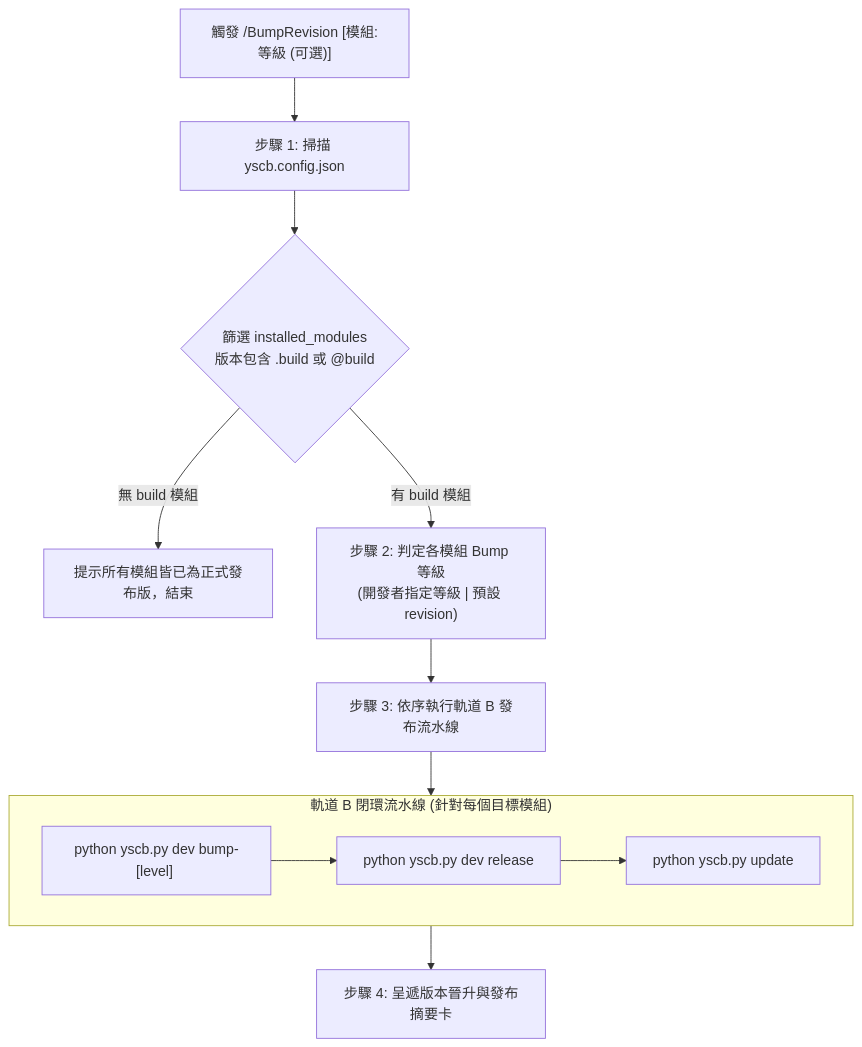
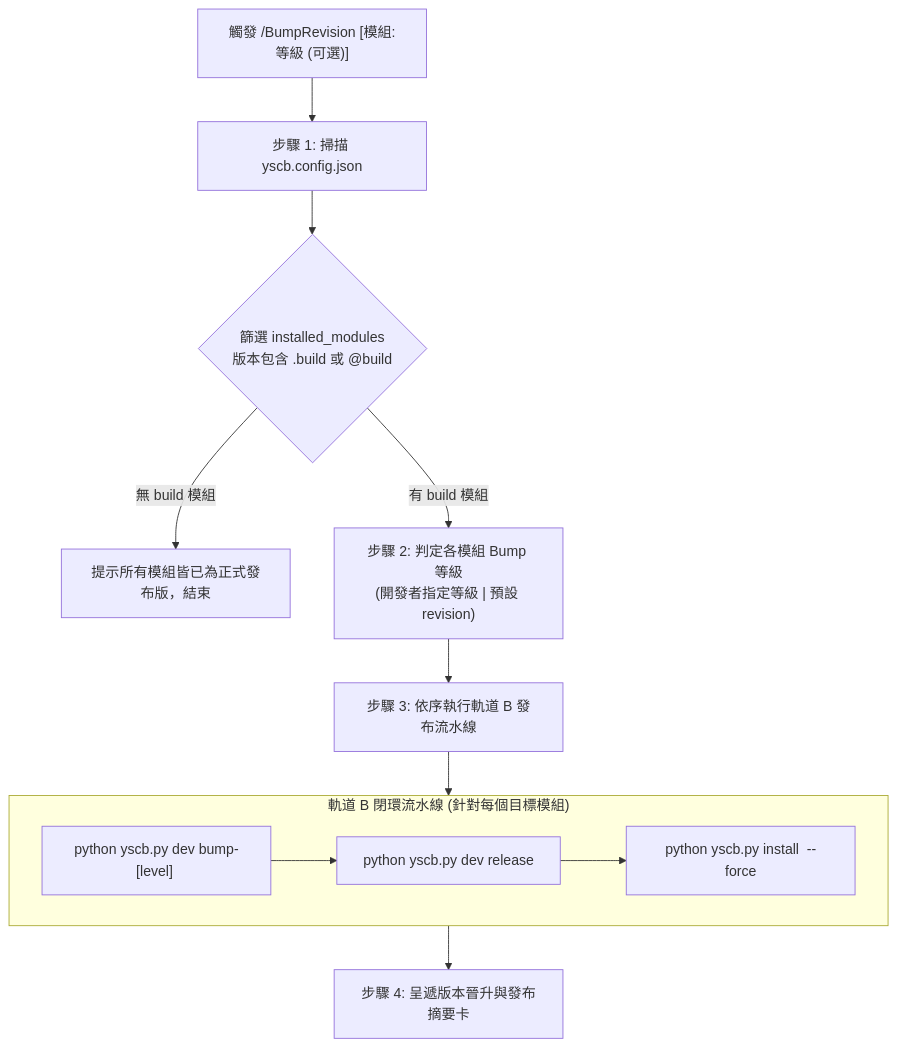
One commit to ysnaive/ys-codebase changed the diagram in ys_codebase/config/agents-workflow/skills/bump-revision/SKILL.md. Above: the diagram before and after it, drawn with Mermaid. The commit also changed other lines of this file and 78 other files, not shown here.

````diff
--- a/ys_codebase/config/agents-workflow/skills/bump-revision/SKILL.md
+++ b/ys_codebase/config/agents-workflow/skills/bump-revision/SKILL.md
@@ -29,14 +29,14 @@
 ```mermaid
 flowchart TD
     Start["觸發 /BumpRevision [模組:等級 (可選)]"] --> Scan["步驟 1: 掃描 yscb.config.json"]
     Scan --> Filter{"篩選 installed_modules\n版本包含 .build 或 @build"}
     Filter -- 無 build 模組 --> NoOp["提示所有模組皆已為正式發布版，結束"]
     Filter -- 有 build 模組 --> Decide["步驟 2: 判定各模組 Bump 等級\n(開發者指定等級 | 預設 revision)"]
     Decide --> Pipeline["步驟 3: 依序執行軌道 B 發布流水線"]
     subgraph TrackB ["軌道 B 閉環流水線 (針對每個目標模組)"]
         B1["python yscb.py dev bump-[level] <mod>"] --> B2["python yscb.py dev release <mod>"]
-        B2 --> B3["python yscb.py update <mod>"]
+        B2 --> B3["python yscb.py install <mod> --force"]
     end
     Pipeline --> TrackB
     TrackB --> Report["步驟 4: 呈遞版本晉升與發布摘要卡"]
 ```
````
